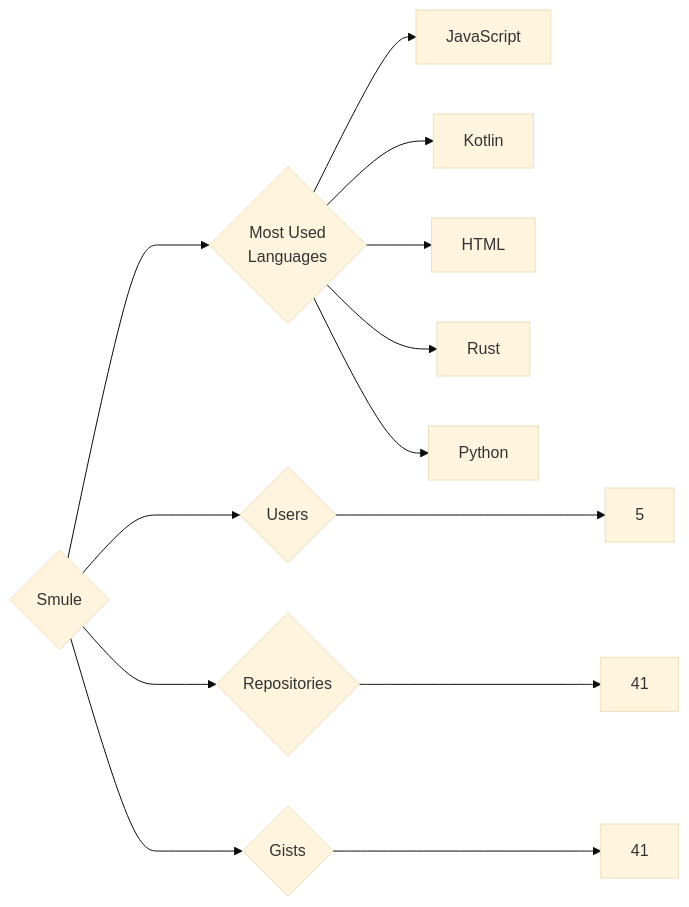
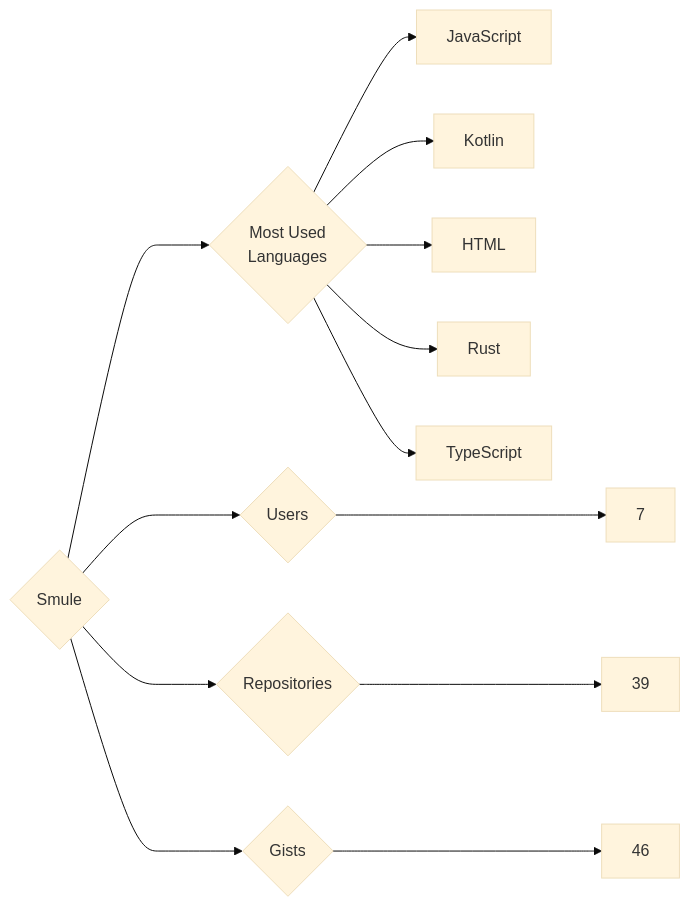
The diagram in targets/Smule/README.md (trickest/insiders), drawn with Mermaid (base theme) before and after one commit. The commit also changed 928 other files, not shown here.

````diff
--- a/targets/Smule/README.md
+++ b/targets/Smule/README.md
@@ -3,13 +3,13 @@
 ```mermaid
 graph LR
 COMPANY_NAME{Smule}
-COMPANY_NAME ---> U{Users} ---> UN[5]
-COMPANY_NAME ---> R{Repositories} ---> RN[41]
-COMPANY_NAME ---> G{Gists} ---> GN[41]
+COMPANY_NAME ---> U{Users} ---> UN[7]
+COMPANY_NAME ---> R{Repositories} ---> RN[39]
+COMPANY_NAME ---> G{Gists} ---> GN[46]
 COMPANY_NAME ---> ML{Most Used<br>Languages}
 ML --> JavaScript[JavaScript]
 ML --> Kotlin[Kotlin]
 ML --> HTML[HTML]
 ML --> Rust[Rust]
-ML --> Python[Python]
+ML --> TypeScript[TypeScript]
 ```
````
